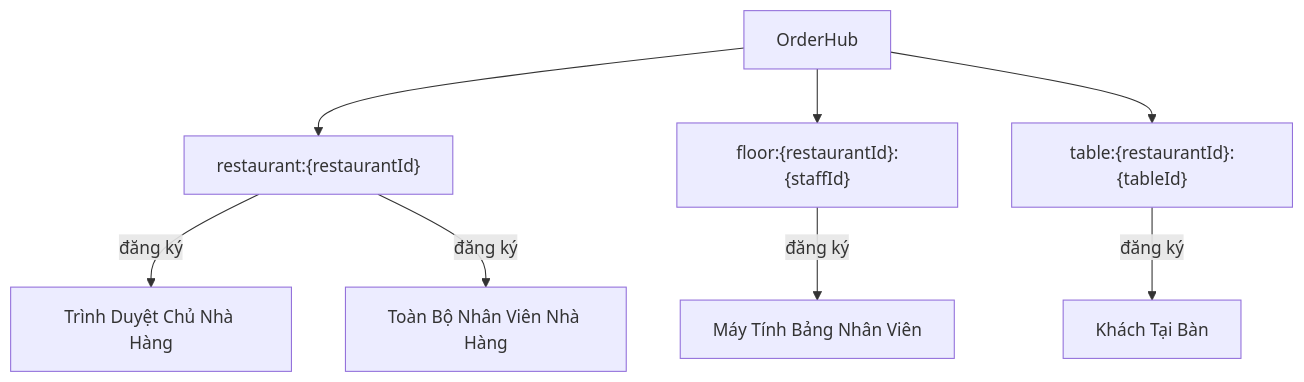
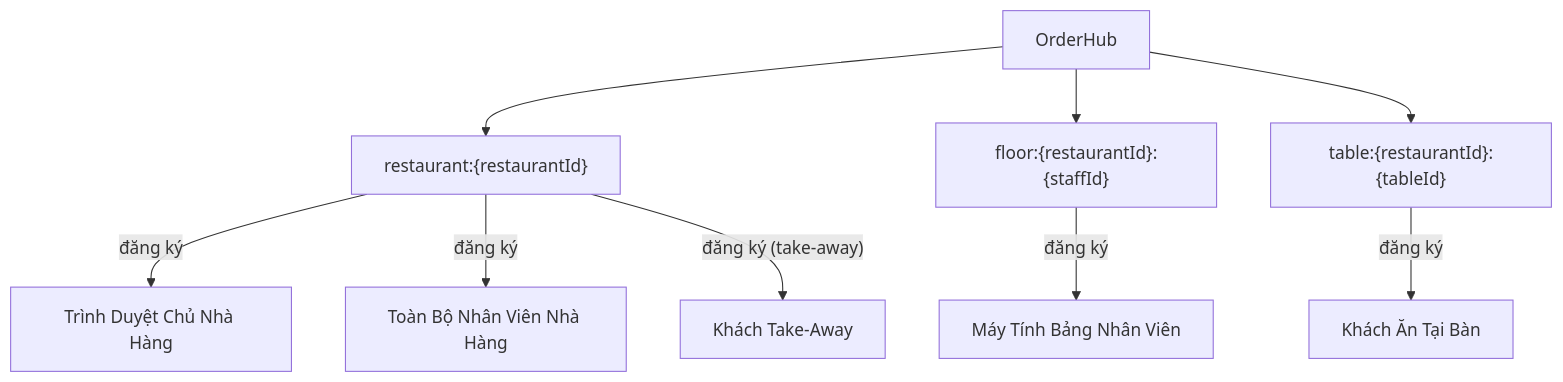
One commit to phamhuutruong7/contactless-order-system changed the first of 2 diagrams in site/vi/docs/diagrams/signalr-events/index.md. Above: the diagram before and after it, drawn with Mermaid. The commit also changed other lines of this file and 27 other files, not shown here.

Commit message:
feat: code style rules + aspire local dev docs + take-away order type

````diff
--- a/site/vi/docs/diagrams/signalr-events/index.md
+++ b/site/vi/docs/diagrams/signalr-events/index.md
@@ -9,13 +9,14 @@
 ```mermaid
 graph TD
   HUB["OrderHub"]
 
   HUB --> RG["restaurant:{restaurantId}"]
   HUB --> FG["floor:{restaurantId}:{staffId}"]
   HUB --> TG["table:{restaurantId}:{tableId}"]
 
   RG --> |"đăng ký"| OWNER["Trình Duyệt Chủ Nhà Hàng"]
   RG --> |"đăng ký"| STAFF_ALL["Toàn Bộ Nhân Viên Nhà Hàng"]
+  RG --> |"đăng ký (take-away)"| GUEST_TA["Khách Take-Away"]
   FG --> |"đăng ký"| STAFF_ONE["Máy Tính Bảng Nhân Viên"]
-  TG --> |"đăng ký"| GUEST["Khách Tại Bàn"]
+  TG --> |"đăng ký"| GUEST["Khách Ăn Tại Bàn"]
 ```
````
